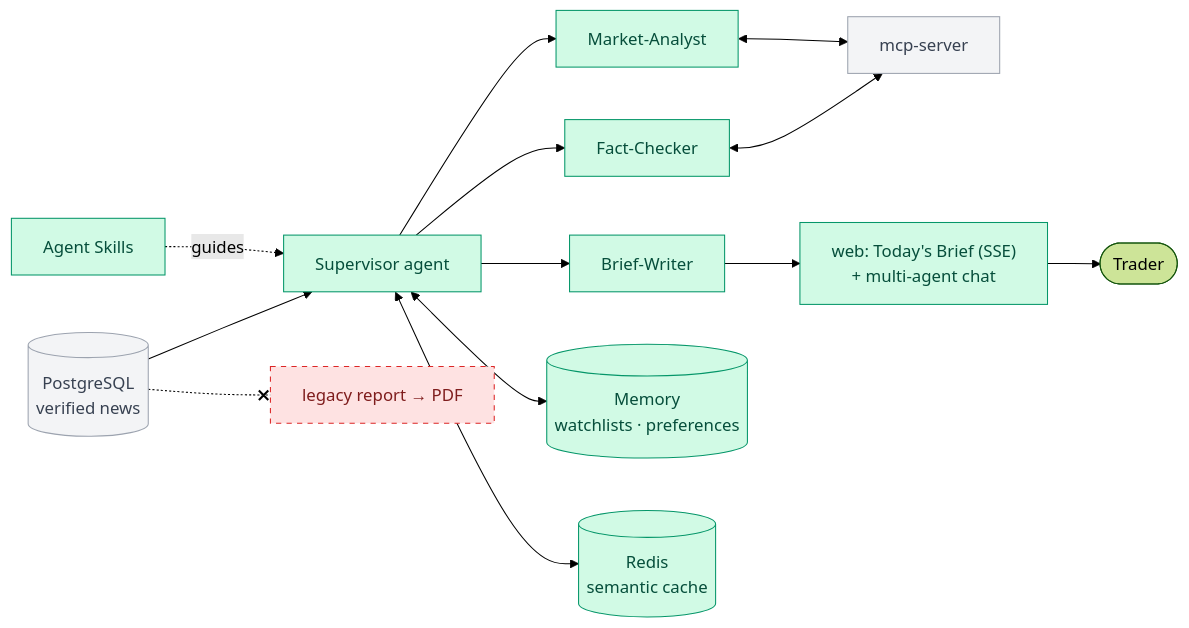
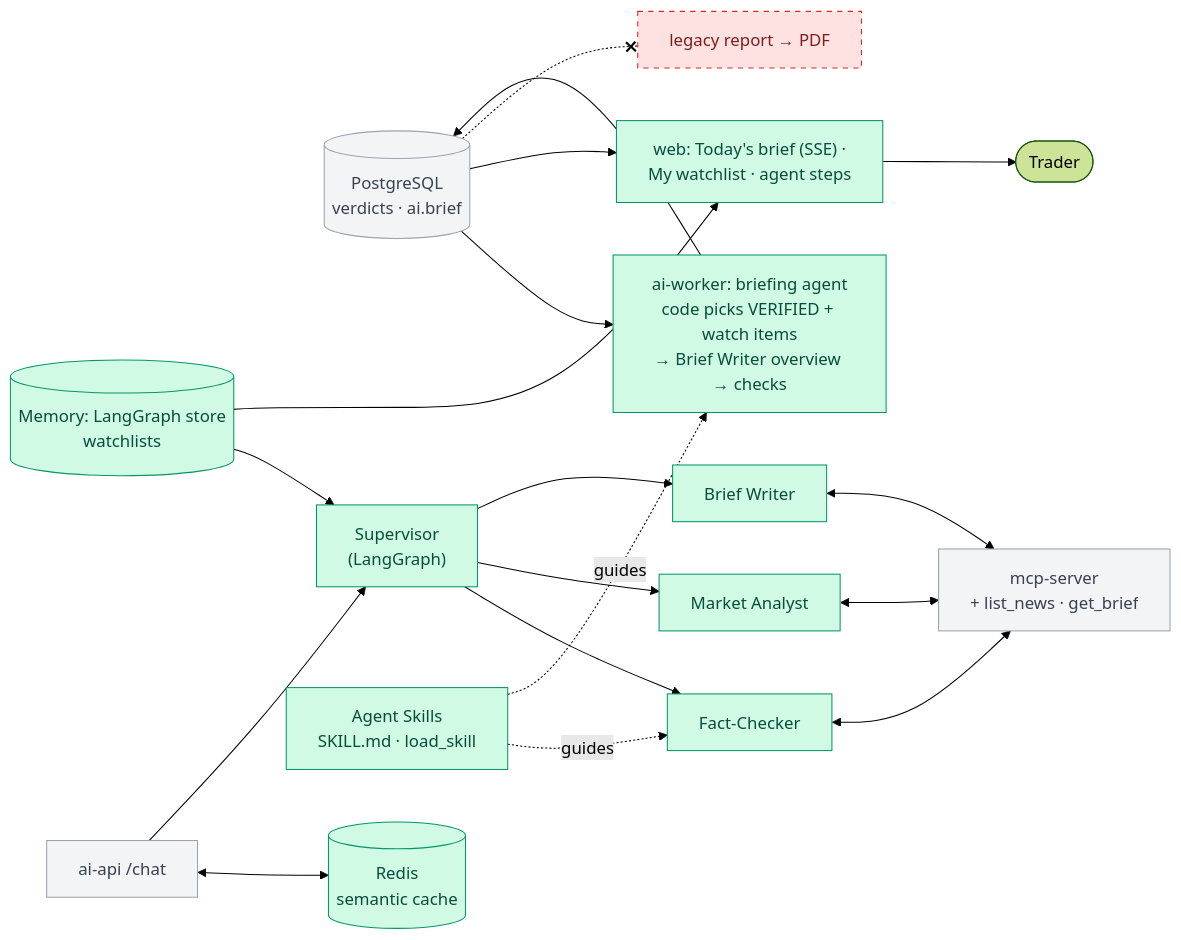
One commit to tomjnet/premarket-ai changed the sixth of 7 diagrams in README.md. Above: the diagram before and after it, drawn with Mermaid (forest theme). The commit also changed other lines of this file and 83 other files, not shown here.

````diff
--- a/README.md
+++ b/README.md
@@ -431,31 +477,37 @@
 ```mermaid
 flowchart LR
   classDef new fill:#d1fae5,stroke:#059669,color:#064e3b
   classDef old fill:#f3f4f6,stroke:#9ca3af,color:#374151
   classDef retired fill:#fee2e2,stroke:#dc2626,color:#7f1d1d,stroke-dasharray: 5 5
 
-  PG[("PostgreSQL<br/>verified news")]:::old
-  SUP["Supervisor agent"]:::new
+  PG[("PostgreSQL<br/>verdicts · ai.brief")]:::old
+  BRIEF["ai-worker: briefing agent<br/>code picks VERIFIED + watch items<br/>→ Brief Writer overview → checks"]:::new
+  CHAT["ai-api /chat"]:::old
+  SEMC[("Redis<br/>semantic cache")]:::new
+  SUP["Supervisor<br/>(LangGraph)"]:::new
   FC["Fact-Checker"]:::new
-  MA["Market-Analyst"]:::new
-  BW["Brief-Writer"]:::new
-  SK["Agent Skills"]:::new
-  MEM[("Memory<br/>watchlists · preferences")]:::new
-  SEMC[("Redis<br/>semantic cache")]:::new
-  MCP["mcp-server"]:::old
-  WEB["web: Today's Brief (SSE)<br/>+ multi-agent chat"]:::new
+  MA["Market Analyst"]:::new
+  BW["Brief Writer"]:::new
+  SK["Agent Skills<br/>SKILL.md · load_skill"]:::new
+  MEM[("Memory: LangGraph store<br/>watchlists")]:::new
+  MCP["mcp-server<br/>+ list_news · get_brief"]:::old
+  WEB["web: Today's brief (SSE) ·<br/>My watchlist · agent steps"]:::new
   REP["legacy report → PDF"]:::retired
   T(["Trader"])
 
-  PG --> SUP
+  PG --> BRIEF --> PG
+  CHAT <--> SEMC
+  CHAT --> SUP
   SUP --> FC
   SUP --> MA
   SUP --> BW
   FC <--> MCP
   MA <--> MCP
-  SK -. guides .-> SUP
-  SUP <--> MEM
-  SUP <--> SEMC
-  BW --> WEB --> T
+  BW <--> MCP
+  SK -. guides .-> FC
+  SK -. guides .-> BRIEF
+  MEM --> SUP
+  MEM --> WEB
+  PG --> WEB --> T
   PG -.-x REP
 ```
````
